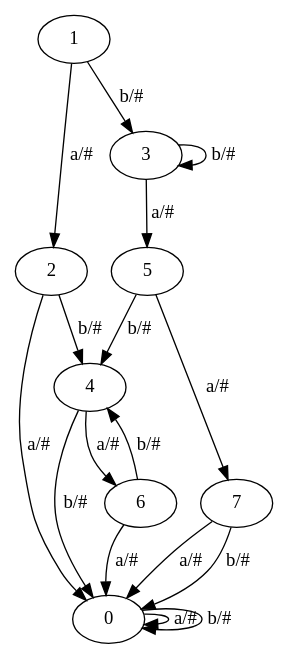
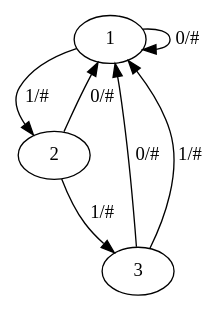
The diagram in src/dotImage/graph.dot (Eterniitys/prjt_compilation), drawn with Graphviz before and after one commit. The commit also changed 12 other files, not shown here.

```diff
--- a/src/dotImage/graph.dot
+++ b/src/dotImage/graph.dot
@@ -1,18 +1,8 @@
 digraph automate {
-	0 -> 0 [label="a/#"];
-	0 -> 0 [label="b/#"];
-	1 -> 2 [label="a/#"];
-	1 -> 3 [label="b/#"];
-	2 -> 0 [label="a/#"];
-	2 -> 4 [label="b/#"];
-	3 -> 5 [label="a/#"];
-	3 -> 3 [label="b/#"];
-	4 -> 6 [label="a/#"];
-	4 -> 0 [label="b/#"];
-	5 -> 7 [label="a/#"];
-	5 -> 4 [label="b/#"];
-	6 -> 0 [label="a/#"];
-	6 -> 4 [label="b/#"];
-	7 -> 0 [label="a/#"];
-	7 -> 0 [label="b/#"];
+	1 -> 1 [label="0/#"];
+	1 -> 2 [label="1/#"];
+	2 -> 1 [label="0/#"];
+	2 -> 3 [label="1/#"];
+	3 -> 1 [label="0/#"];
+	3 -> 1 [label="1/#"];
 }
```
